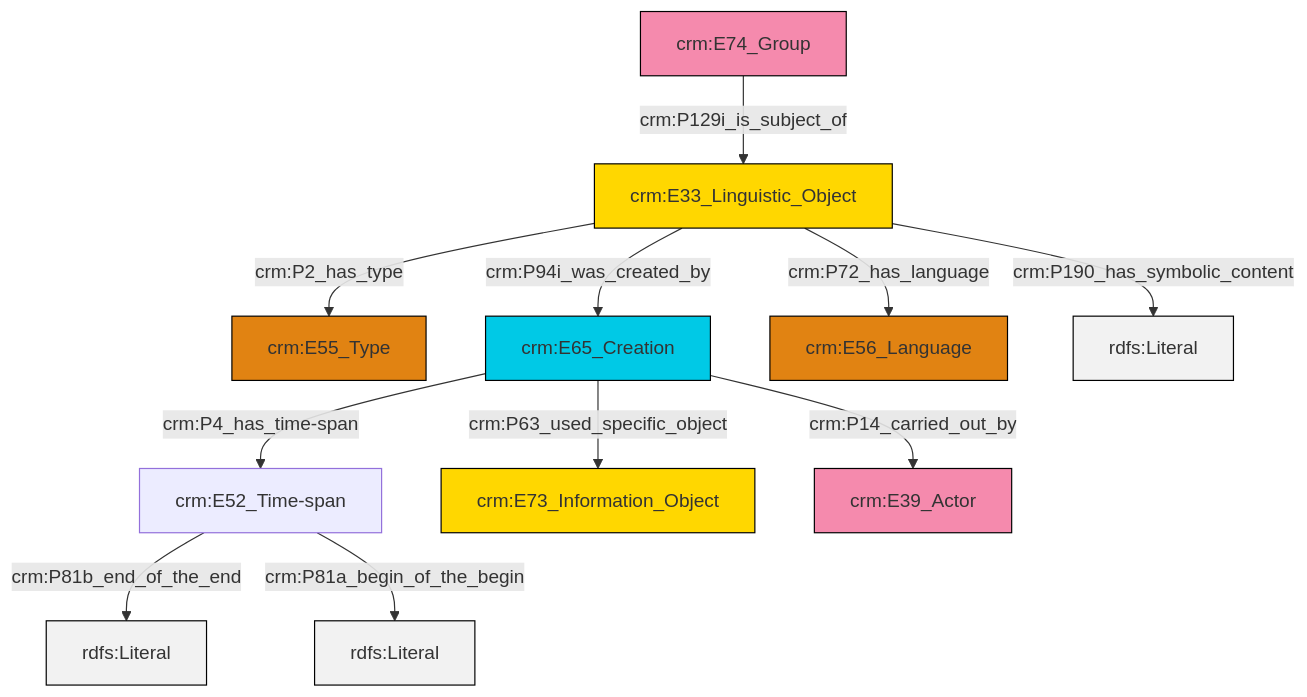
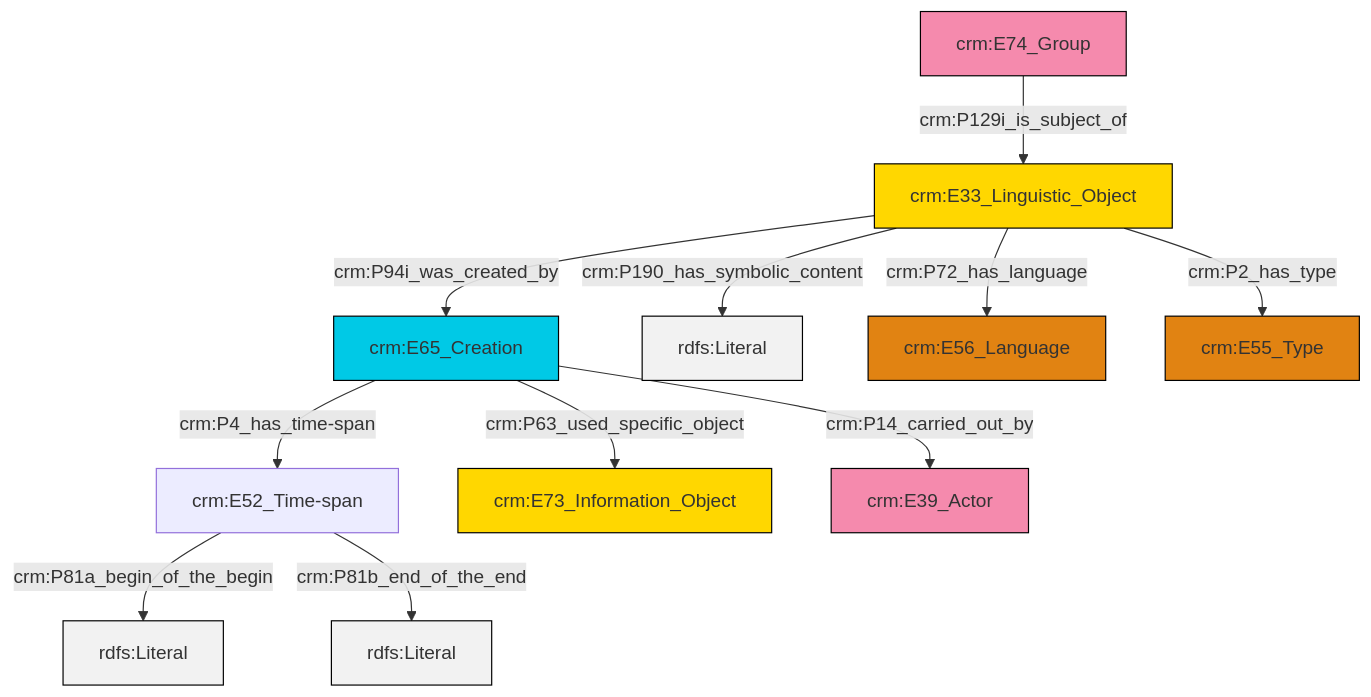
The diagram in et/groupCSV/ttl/mmd/group_description.ttl.mmd (swiss-art-research-net/reference-data-models), drawn with Mermaid before and after one commit. The commit also changed 125 other files, not shown here.

```diff
--- a/et/groupCSV/ttl/mmd/group_description.ttl.mmd
+++ b/et/groupCSV/ttl/mmd/group_description.ttl.mmd
@@ -1,25 +1,25 @@
 graph TD
 classDef Literal fill:#f2f2f2,stroke:#000000;
 classDef CRM_Entity fill:#FFFFFF,stroke:#000000;
 classDef Temporal_Entity fill:#00C9E6, stroke:#000000;
 classDef Type fill:#E18312, stroke:#000000;
 classDef Time-Span fill:#2C9C91, stroke:#000000;
 classDef Appellation fill:#FFEB7F, stroke:#000000;
 classDef Place fill:#008836, stroke:#000000;
 classDef Persistent_Item fill:#B266B2, stroke:#000000;
 classDef Conceptual_Object fill:#FFD700, stroke:#000000;
 classDef Physical_Thing fill:#D2B48C, stroke:#000000;
 classDef Actor fill:#f58aad, stroke:#000000;
 classDef PC_Classes fill:#4ce600, stroke:#000000;
 classDef Multi fill:#cccccc,stroke:#000000;
 
-2["crm:E33_Linguistic_Object"]:::Conceptual_Object -->|crm:P2_has_type| 0["crm:E55_Type"]:::Type
-3["crm:E74_Group"]:::Actor -->|crm:P129i_is_subject_of| 2["crm:E33_Linguistic_Object"]:::Conceptual_Object
-4["crm:E52_Time-span"]:::Default -->|crm:P81b_end_of_the_end| 5[rdfs:Literal]:::Literal
-2["crm:E33_Linguistic_Object"]:::Conceptual_Object -->|crm:P94i_was_created_by| 6["crm:E65_Creation"]:::Temporal_Entity
-6["crm:E65_Creation"]:::Temporal_Entity -->|crm:P4_has_time-span| 4["crm:E52_Time-span"]:::Default
-2["crm:E33_Linguistic_Object"]:::Conceptual_Object -->|crm:P72_has_language| 9["crm:E56_Language"]:::Type
-6["crm:E65_Creation"]:::Temporal_Entity -->|crm:P63_used_specific_object| 10["crm:E73_Information_Object"]:::Conceptual_Object
-6["crm:E65_Creation"]:::Temporal_Entity -->|crm:P14_carried_out_by| 12["crm:E39_Actor"]:::Actor
-2["crm:E33_Linguistic_Object"]:::Conceptual_Object -->|crm:P190_has_symbolic_content| 14[rdfs:Literal]:::Literal
-4["crm:E52_Time-span"]:::Default -->|crm:P81a_begin_of_the_begin| 17[rdfs:Literal]:::Literal
+0["crm:E65_Creation"]:::Temporal_Entity -->|crm:P4_has_time-span| 1["crm:E52_Time-span"]:::Default
+1["crm:E52_Time-span"]:::Default -->|crm:P81a_begin_of_the_begin| 2[rdfs:Literal]:::Literal
+1["crm:E52_Time-span"]:::Default -->|crm:P81b_end_of_the_end| 3[rdfs:Literal]:::Literal
+4["crm:E33_Linguistic_Object"]:::Conceptual_Object -->|crm:P190_has_symbolic_content| 5[rdfs:Literal]:::Literal
+4["crm:E33_Linguistic_Object"]:::Conceptual_Object -->|crm:P2_has_type| 15["crm:E55_Type"]:::Type
+4["crm:E33_Linguistic_Object"]:::Conceptual_Object -->|crm:P94i_was_created_by| 0["crm:E65_Creation"]:::Temporal_Entity
+10["crm:E74_Group"]:::Actor -->|crm:P129i_is_subject_of| 4["crm:E33_Linguistic_Object"]:::Conceptual_Object
+0["crm:E65_Creation"]:::Temporal_Entity -->|crm:P63_used_specific_object| 6["crm:E73_Information_Object"]:::Conceptual_Object
+4["crm:E33_Linguistic_Object"]:::Conceptual_Object -->|crm:P72_has_language| 8["crm:E56_Language"]:::Type
+0["crm:E65_Creation"]:::Temporal_Entity -->|crm:P14_carried_out_by| 13["crm:E39_Actor"]:::Actor
```
